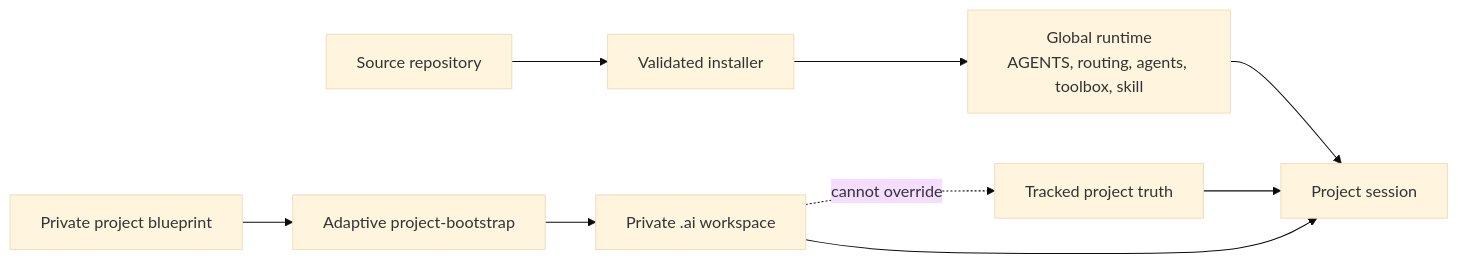
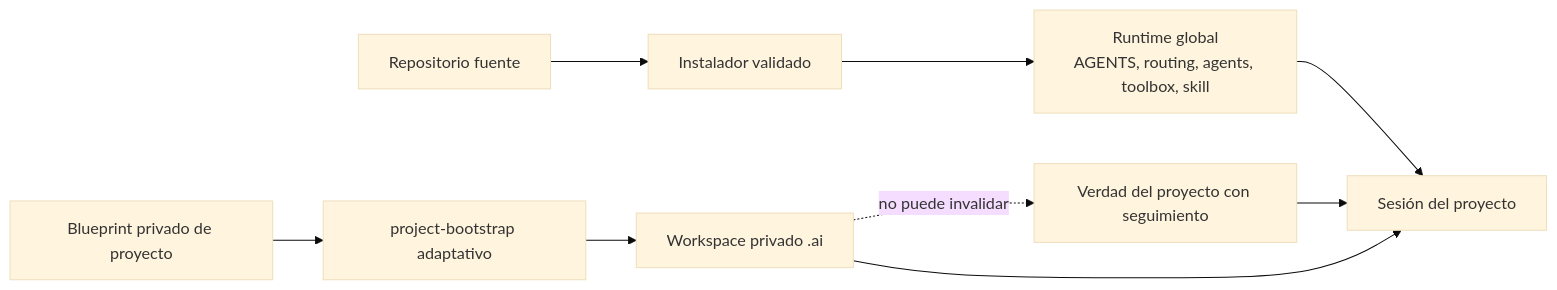
One commit to der-kaffe/bio-harness changed the second of 2 diagrams in docs/architecture.md. Above: the diagram before and after it, drawn with Mermaid (base theme). The commit also changed other lines of this file and 27 other files, not shown here.

````diff
--- a/docs/architecture.md
+++ b/docs/architecture.md
@@ -27,11 +27,11 @@
 ```mermaid
 flowchart LR
-    S[Source repository] --> I[Validated installer]
-    I --> G[Global runtime<br/>AGENTS, routing, agents, toolbox, skill]
-    G --> P[Project session]
-    B[Private project blueprint] --> PB[Adaptive project-bootstrap]
-    PB --> AI[Private .ai workspace]
-    H[Tracked project truth] --> P
+    S[Repositorio fuente] --> I[Instalador validado]
+    I --> G[Runtime global<br/>AGENTS, routing, agents, toolbox, skill]
+    G --> P[Sesión del proyecto]
+    B[Blueprint privado de proyecto] --> PB[project-bootstrap adaptativo]
+    PB --> AI[Workspace privado .ai]
+    H[Verdad del proyecto con seguimiento] --> P
     AI --> P
-    AI -. cannot override .-> H
+    AI -. no puede invalidar .-> H
 ```
````
